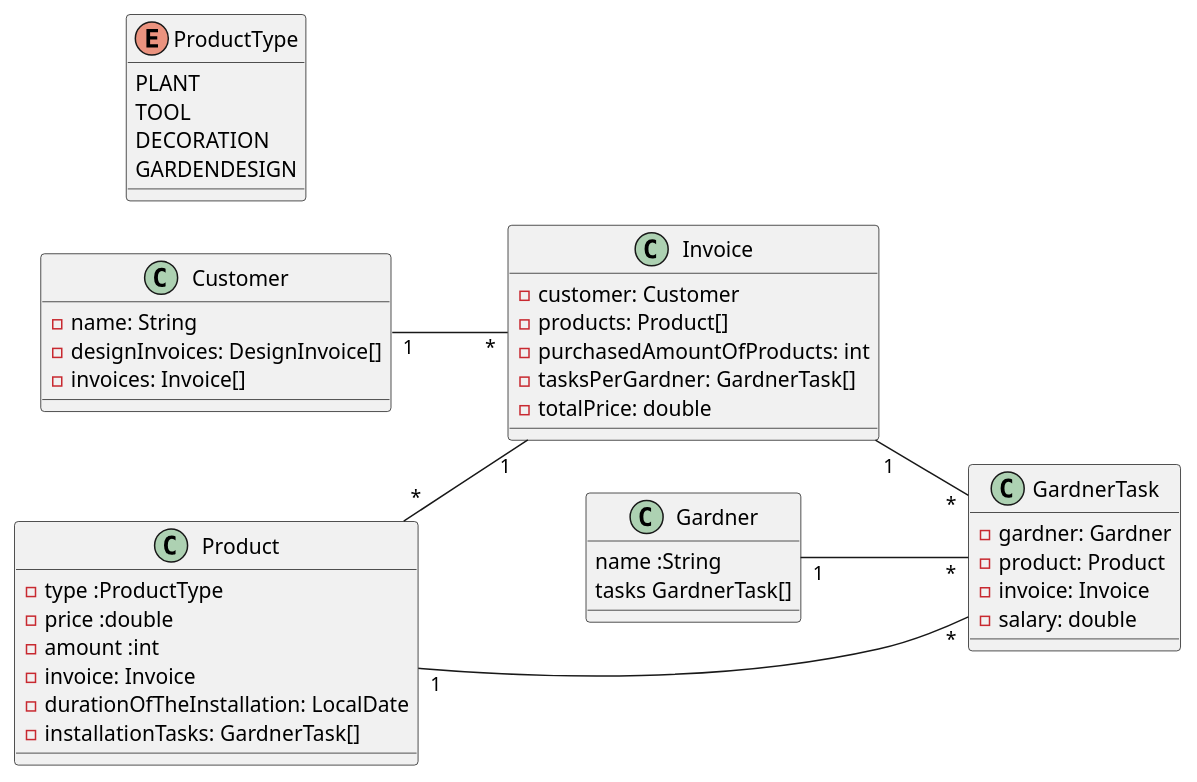
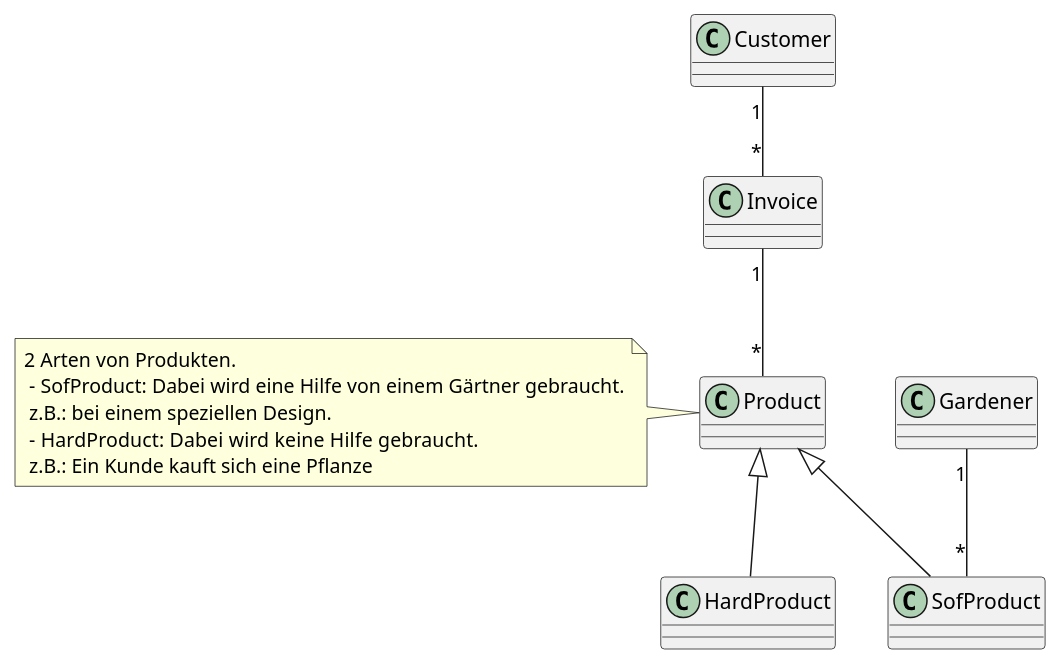
One commit to 2223-4bhitm-sew/01-microproject-Abdulrahman-AL-Sabagh changed the diagram in asciidocs/plantuml/cld.puml. Above: the diagram before and after it, drawn with PlantUML. The commit also changed 7 other files, not shown here.

```diff
--- a/asciidocs/plantuml/cld.puml
+++ b/asciidocs/plantuml/cld.puml
@@ -1,50 +1,19 @@
 @startuml
-left to right direction
-class Customer {
-    - name: String
-    - designInvoices: DesignInvoice[]
-    - invoices: Invoice[]
-}
-class Gardner {
-    name :String
-    tasks GardnerTask[]
-}
-class Product {
- - type :ProductType
- - price :double
- - amount :int
- - invoice: Invoice
- - durationOfTheInstallation: LocalDate
- - installationTasks: GardnerTask[]
 
-}
 
-enum ProductType {
-    PLANT
-    TOOL
-    DECORATION
-    GARDENDESIGN
-}
+class Customer  {}
+class Product
+note left: 2 Arten von Produkten. \n - SofProduct: Dabei wird eine Hilfe von einem Gärtner gebraucht.\n z.B.: bei einem speziellen Design. \n - HardProduct: Dabei wird keine Hilfe  gebraucht. \n z.B.: Ein Kunde kauft sich eine Pflanze
 
-class GardnerTask {
-    - gardner: Gardner
-    - product: Product
-    - invoice: Invoice
-    - salary: double
-}
-class Invoice  {
-    - customer: Customer
-    - products: Product[]
-    - purchasedAmountOfProducts: int
-    - tasksPerGardner: GardnerTask[]
-    - totalPrice: double
 
-}
 
-Product "1" -- "*" GardnerTask
-Invoice "1" -- "*" GardnerTask
-Gardner "1" -- "*" GardnerTask
+
+class SofProduct extends Product
+class HardProduct extends Product
+class Invoice
+class Gardener
+
+Gardener "1" -- "*" SofProduct
+Invoice "1" -- "*" Product
 Customer "1" -- "*" Invoice
-Product "*" -- "1" Invoice
-
 @enduml
```
